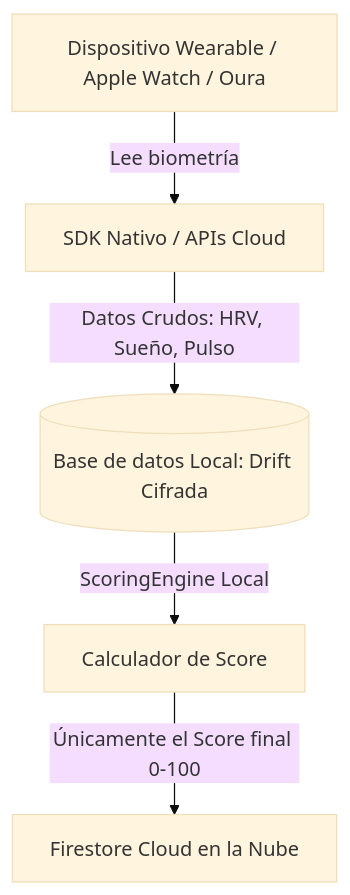
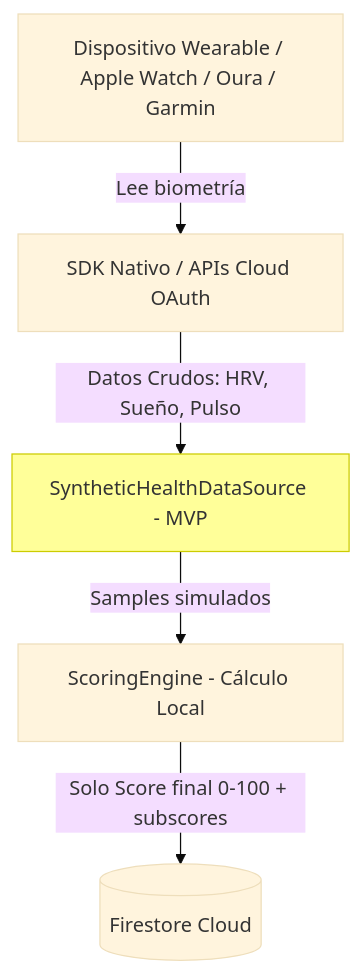
Before and after one commit to zepolnala/burnout_meter: the first of 2 diagrams in docs/healthcare-integration.md, drawn with Mermaid (base theme). The commit also changed other lines of this file and 14 other files, not shown here.

````diff
--- a/docs/healthcare-integration.md
+++ b/docs/healthcare-integration.md
@@ -13,7 +44,9 @@
 ```mermaid
 graph TD
-    Wearable[Dispositivo Wearable / Apple Watch / Oura] -->|Lee biometría| SDK[SDK Nativo / APIs Cloud]
-    SDK -->|Datos Crudos: HRV, Sueño, Pulso| LocalDB[(Base de datos Local: Drift Cifrada)]
-    LocalDB -->|ScoringEngine Local| Engine[Calculador de Score]
-    Engine -->|Únicamente el Score final 0-100| FirestoreCloud[Firestore Cloud en la Nube]
+    Wearable[Dispositivo Wearable / Apple Watch / Oura / Garmin] -->|Lee biometría| SDK[SDK Nativo / APIs Cloud OAuth]
+    SDK -->|Datos Crudos: HRV, Sueño, Pulso| SyntheticNow[SyntheticHealthDataSource - MVP]
+    SyntheticNow -->|Samples simulados| Engine[ScoringEngine - Cálculo Local]
+    Engine -->|Solo Score final 0-100 + subscores| FirestoreCloud[(Firestore Cloud)]
+    
+    style SyntheticNow fill:#ff9,stroke:#cc0
 ```
````
